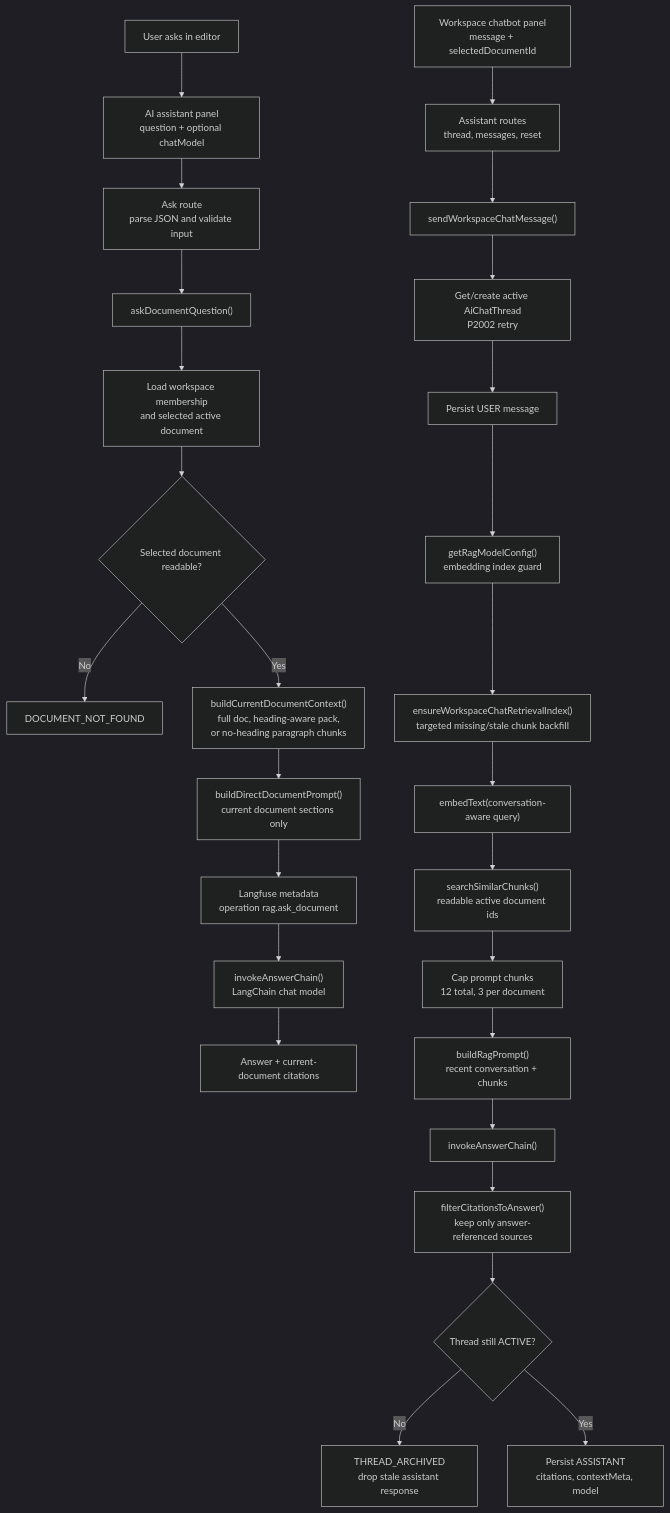
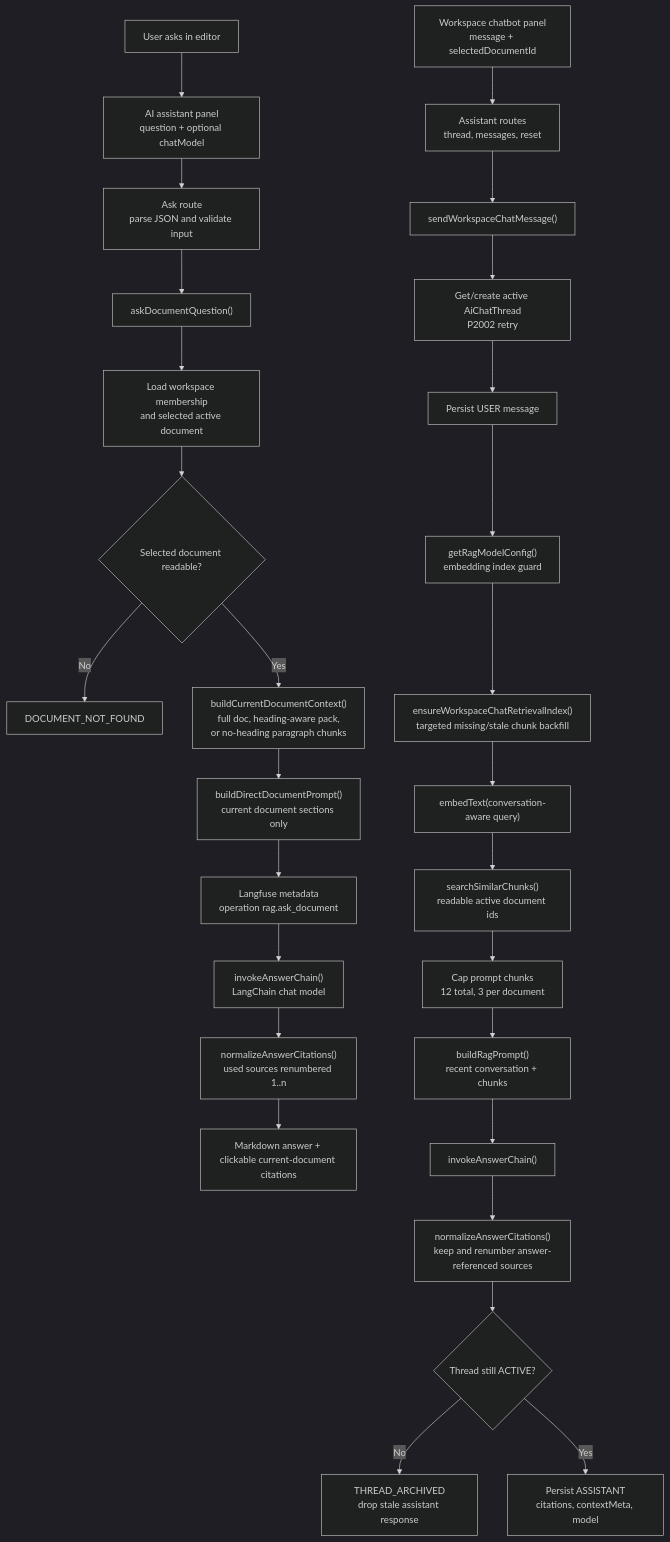
The first of 2 diagrams in wiki/RAG Process Workflow.md (dschoi30/munjib), drawn with Mermaid (dark theme) before and after one commit. The commit also changed other lines of this file and 15 other files, not shown here.

Commit message:
fix: normalize ai citations and source links

````diff
--- a/wiki/RAG Process Workflow.md
+++ b/wiki/RAG Process Workflow.md
@@ -37,30 +37,31 @@
 ```mermaid
 flowchart TD
     User["User asks in editor"] --> Panel["AI assistant panel<br/>question + optional chatModel"]
     Panel --> AskRoute["Ask route<br/>parse JSON and validate input"]
     AskRoute --> AskService["askDocumentQuestion()"]
     AskService --> AskPermission["Load workspace membership<br/>and selected active document"]
     AskPermission --> AskReadable{"Selected document readable?"}
     AskReadable -- "No" --> AskNotFound["DOCUMENT_NOT_FOUND"]
     AskReadable -- "Yes" --> AskContext["buildCurrentDocumentContext()<br/>full doc, heading-aware pack,<br/>or no-heading paragraph chunks"]
     AskContext --> AskPrompt["buildDirectDocumentPrompt()<br/>current document sections only"]
     AskPrompt --> AskTrace["Langfuse metadata<br/>operation rag.ask_document"]
     AskTrace --> AskAnswer["invokeAnswerChain()<br/>LangChain chat model"]
-    AskAnswer --> AskUI["Answer + current-document citations"]
+    AskAnswer --> AskNormalize["normalizeAnswerCitations()<br/>used sources renumbered 1..n"]
+    AskNormalize --> AskUI["Markdown answer + clickable current-document citations"]
 
     ChatUser["Workspace chatbot panel<br/>message + selectedDocumentId"] --> ChatRoute["Assistant routes<br/>thread, messages, reset"]
     ChatRoute --> ChatService["sendWorkspaceChatMessage()"]
     ChatService --> Thread["Get/create active AiChatThread<br/>P2002 retry"]
     Thread --> UserMessage["Persist USER message"]
     UserMessage --> ChatConfig["getRagModelConfig()<br/>embedding index guard"]
     ChatConfig --> ChatBackfill["ensureWorkspaceChatRetrievalIndex()<br/>targeted missing/stale chunk backfill"]
     ChatBackfill --> ChatEmbed["embedText(conversation-aware query)"]
     ChatEmbed --> ChatSearch["searchSimilarChunks()<br/>readable active document ids"]
     ChatSearch --> ChatCap["Cap prompt chunks<br/>12 total, 3 per document"]
     ChatCap --> ChatPrompt["buildRagPrompt()<br/>recent conversation + chunks"]
     ChatPrompt --> ChatAnswer["invokeAnswerChain()"]
-    ChatAnswer --> UsedCitations["filterCitationsToAnswer()<br/>keep only answer-referenced sources"]
+    ChatAnswer --> UsedCitations["normalizeAnswerCitations()<br/>keep and renumber answer-referenced sources"]
     UsedCitations --> ActiveCheck{"Thread still ACTIVE?"}
     ActiveCheck -- "No" --> Stale["THREAD_ARCHIVED<br/>drop stale assistant response"]
     ActiveCheck -- "Yes" --> Persist["Persist ASSISTANT<br/>citations, contextMeta, model"]
 ```
````
